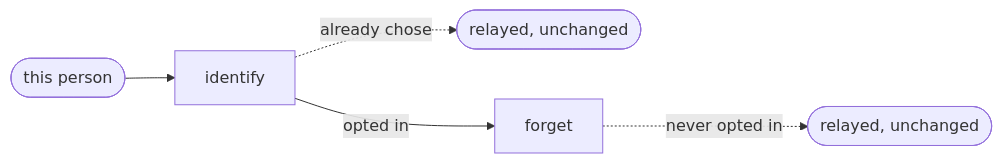
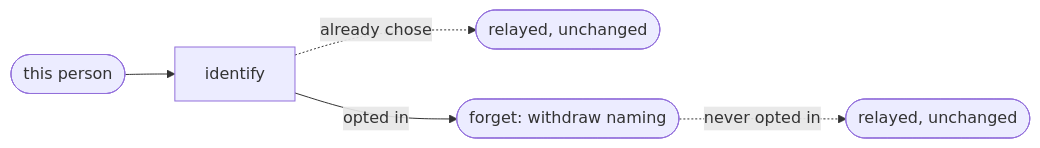
Before and after one commit to ai-driven-dev/aidd-framework: the second of 3 diagrams in plugins/aidd-telemetry/skills/00-init/SKILL.md, drawn with Mermaid. The commit also changed other lines of this file and 5 other files, not shown here.

````diff
--- a/plugins/aidd-telemetry/skills/00-init/SKILL.md
+++ b/plugins/aidd-telemetry/skills/00-init/SKILL.md
@@ -19,7 +19,7 @@
 ```mermaid
 flowchart LR
   ask2([this person]) --> identify
   identify -.->|"already chose"| status1([relayed, unchanged])
-  identify -->|"opted in"| forget
-  forget -.->|"never opted in"| status2([relayed, unchanged])
+  identify -->|"opted in"| withdraw([forget: withdraw naming])
+  withdraw -.->|"never opted in"| status2([relayed, unchanged])
 ```
````
